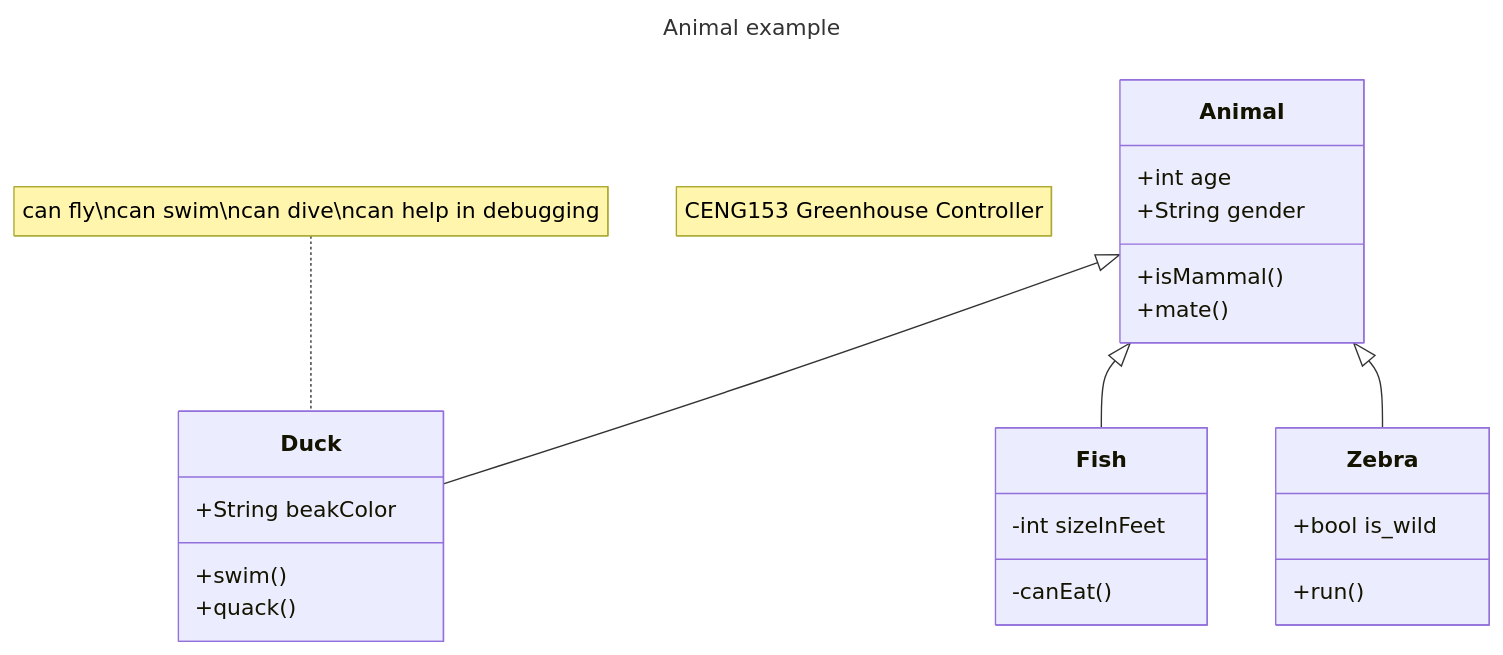
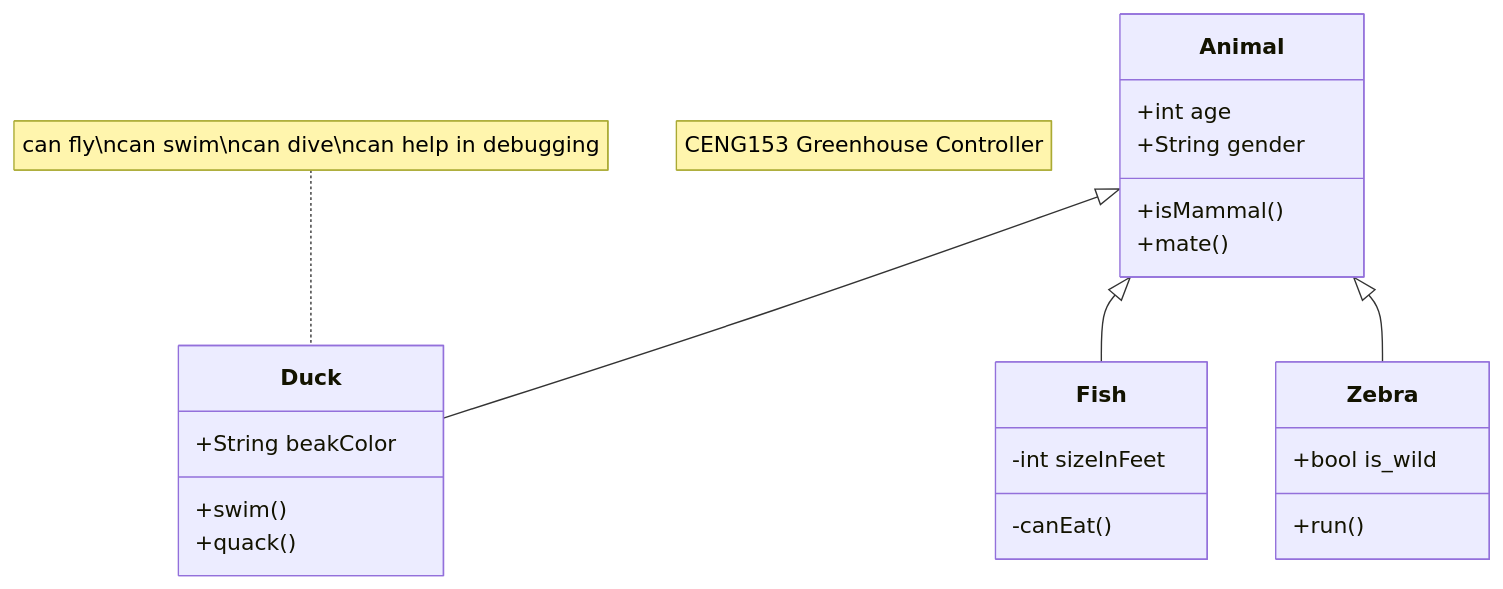
Before and after one commit to PrototypeZone/ceng153: the second of 2 diagrams in README.md, drawn with Mermaid.

````diff
--- a/README.md
+++ b/README.md
@@ -6,28 +9,25 @@
 ```mermaid
----
-title: Animal example
----
 classDiagram
     note "CENG153 Greenhouse Controller"
     Animal <|-- Duck
     note for Duck "can fly\ncan swim\ncan dive\ncan help in debugging"
     Animal <|-- Fish
     Animal <|-- Zebra
     Animal : +int age
     Animal : +String gender
     Animal: +isMammal()
     Animal: +mate()
     class Duck{
         +String beakColor
         +swim()
         +quack()
     }
     class Fish{
         -int sizeInFeet
         -canEat()
     }
     class Zebra{
         +bool is_wild
         +run()
     }
 ```
````
